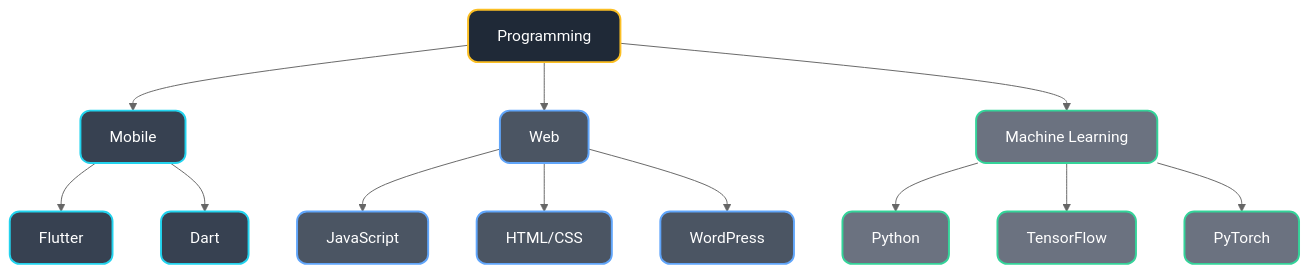
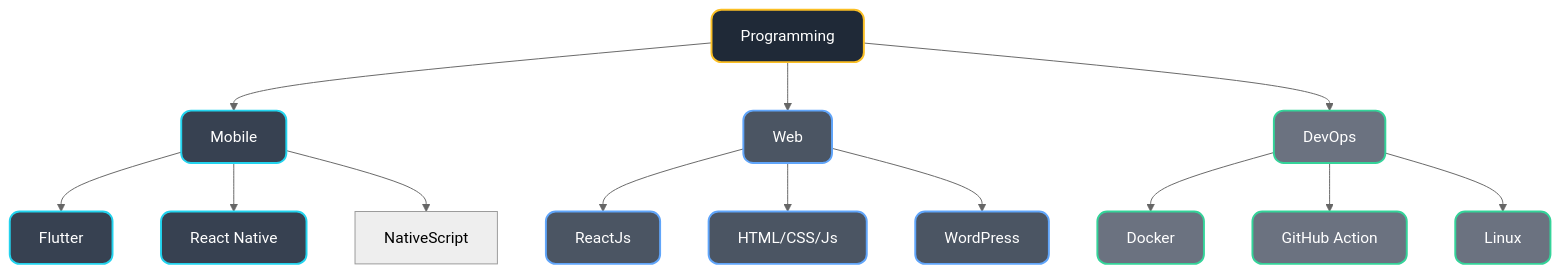
Before and after one commit to v-ishnu/v-ishnu: the first of 2 diagrams in README.md, drawn with Mermaid (neutral theme).

````diff
--- a/README.md
+++ b/README.md
@@ -28,30 +28,31 @@
 ```mermaid
 %% Note: This graph showcases my Technical Skills.  
 %% If it doesn't display, please view it on the GitHub website.
 graph TD
     A[Programming] --> B[Mobile]
     A --> C[Web]
-    A --> D[Machine Learning]
+    A --> D[DevOps]
     
     B --> B1[Flutter]
-    B --> B2[Dart]
+    B --> B2[React Native]
+    B --> B3[NativeScript]
     
-    C --> C1[JavaScript]
-    C --> C2[HTML/CSS]
+    C --> C1[ReactJs]
+    C --> C2[HTML/CSS/Js]
     C --> C3[WordPress]
     
-    D --> D1[Python]
-    D --> D2[TensorFlow]
-    D --> D3[PyTorch]
+    D --> D1[Docker]
+    D --> D2[GitHub Action]
+    D --> D3[Linux]
 
     classDef main fill:#1f2937,stroke:#fbbf24,stroke-width:2px,color:#ffffff,rx:10px,ry:10px;
     classDef mobile fill:#374151,stroke:#22d3ee,stroke-width:2px,color:#ffffff,rx:10px,ry:10px;
     classDef web fill:#4b5563,stroke:#60a5fa,stroke-width:2px,color:#ffffff,rx:10px,ry:10px;
     classDef ml fill:#6b7280,stroke:#34d399,stroke-width:2px,color:#ffffff,rx:10px,ry:10px;
 
     class A main;
     class B,B1,B2 mobile;
     class C,C1,C2,C3 web;
     class D,D1,D2,D3 ml;
 
 ```
````
